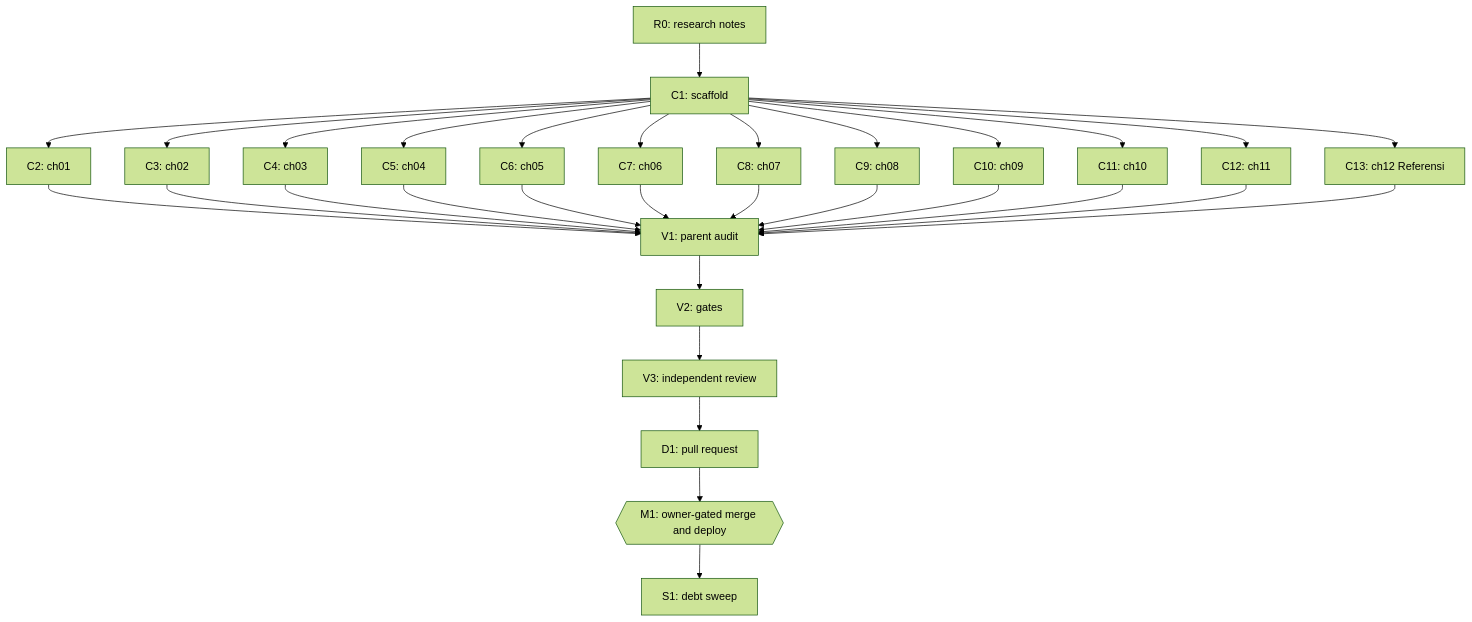
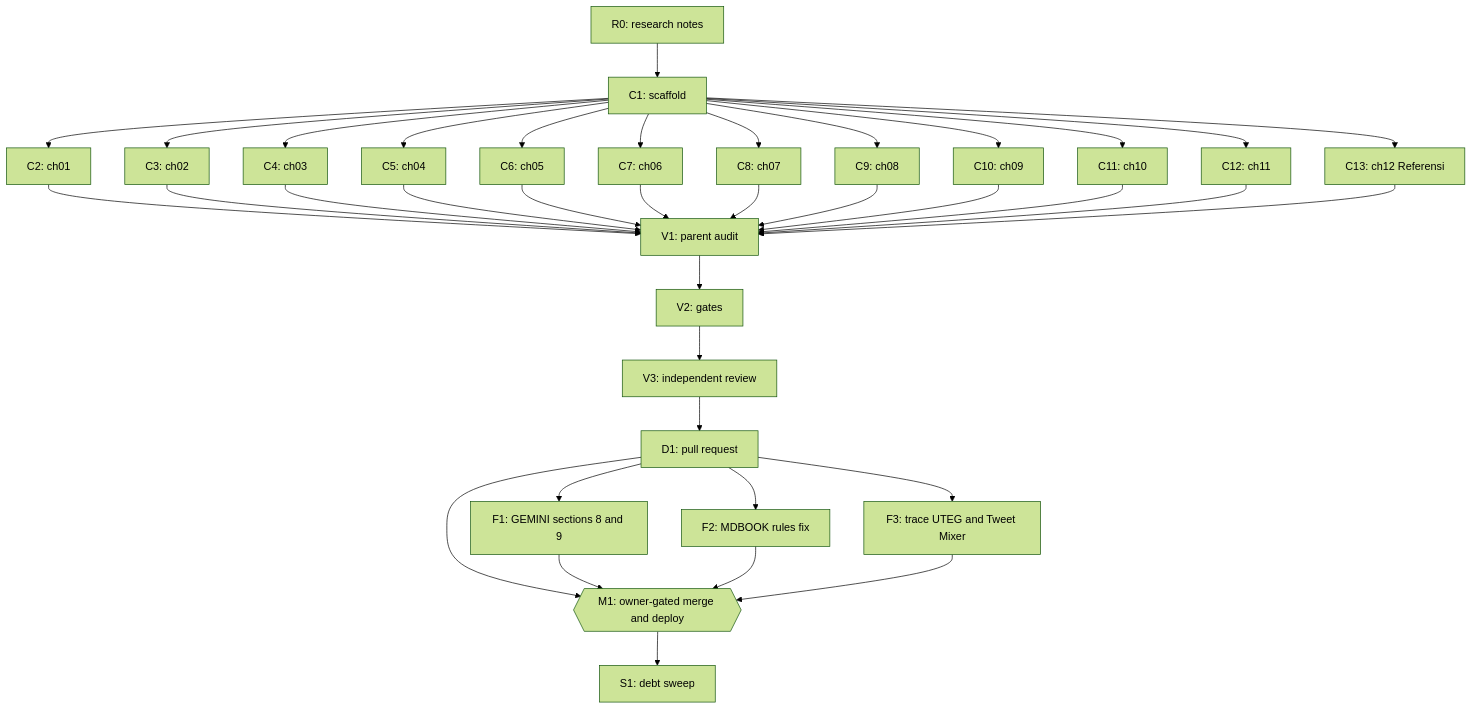
The diagram in docs/code-plan/plans/2026-10-12-dawnbook-mengatur-bacaan-x.md (belajarcarabelajar/dawnbook), drawn with Mermaid (forest theme) before and after one commit. The commit also changed other lines of this file and 5 other files, not shown here.

````diff
--- a/docs/code-plan/plans/2026-10-12-dawnbook-mengatur-bacaan-x.md
+++ b/docs/code-plan/plans/2026-10-12-dawnbook-mengatur-bacaan-x.md
@@ -216,35 +240,41 @@
 ```mermaid
 flowchart TD
     accTitle: Book authoring plan for Memahami Algoritma X untuk Pembaca
     accDescr: Research notes feed the scaffold, the scaffold feeds twelve parallel chapter tasks, which converge on the parent audit, the gates, an independent review, the pull request, the gated merge and deploy, and the debt sweep.
     R0["R0: research notes"] --> C1["C1: scaffold"]
     C1 --> C2["C2: ch01"]
     C1 --> C3["C3: ch02"]
     C1 --> C4["C4: ch03"]
     C1 --> C5["C5: ch04"]
     C1 --> C6["C6: ch05"]
     C1 --> C7["C7: ch06"]
     C1 --> C8["C8: ch07"]
     C1 --> C9["C9: ch08"]
     C1 --> C10["C10: ch09"]
     C1 --> C11["C11: ch10"]
     C1 --> C12["C12: ch11"]
     C1 --> C13["C13: ch12 Referensi"]
     C2 --> V1["V1: parent audit"]
     C3 --> V1
     C4 --> V1
     C5 --> V1
     C6 --> V1
     C7 --> V1
     C8 --> V1
     C9 --> V1
     C10 --> V1
     C11 --> V1
     C12 --> V1
     C13 --> V1
     V1 --> V2["V2: gates"]
     V2 --> V3["V3: independent review"]
     V3 --> D1["D1: pull request"]
+    D1 --> F1["F1: GEMINI sections 8 and 9"]
+    D1 --> F2["F2: MDBOOK rules fix"]
+    D1 --> F3["F3: trace UTEG and Tweet Mixer"]
     D1 --> M1{{"M1: owner-gated merge and deploy"}}
+    F1 --> M1
+    F2 --> M1
+    F3 --> M1
     M1 --> S1["S1: debt sweep"]
 ```
````
